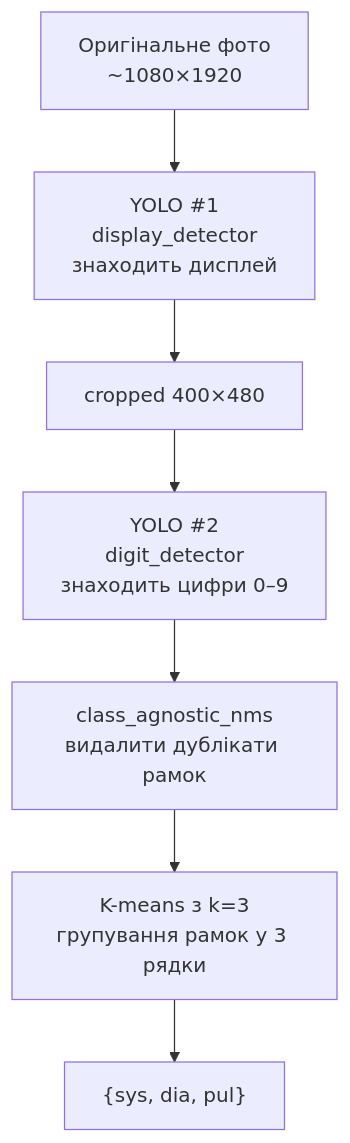
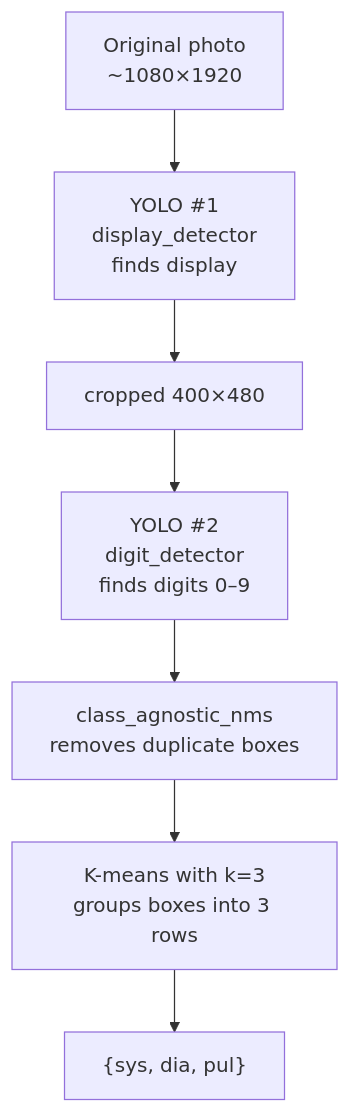
One commit to Alexsik76/bp-ocr-cnn changed the diagram in README.md. Above: the diagram before and after it, drawn with Mermaid. The commit also changed other lines of this file and 1 other file, not shown here.

````diff
--- a/README.md
+++ b/README.md
@@ -19,9 +19,9 @@
 ```mermaid
 flowchart TD
-    A[Оригінальне фото<br/>~1080×1920] --> B[YOLO #1<br/>display_detector<br/>знаходить дисплей]
+    A[Original photo<br/>~1080×1920] --> B[YOLO #1<br/>display_detector<br/>finds display]
     B --> C[cropped 400×480]
-    C --> D[YOLO #2<br/>digit_detector<br/>знаходить цифри 0–9]
-    D --> E[class_agnostic_nms<br/>видалити дублікати рамок]
-    E --> F[K-means з k=3<br/>групування рамок у 3 рядки]
+    C --> D[YOLO #2<br/>digit_detector<br/>finds digits 0–9]
+    D --> E[class_agnostic_nms<br/>removes duplicate boxes]
+    E --> F[K-means with k=3<br/>groups boxes into 3 rows]
     F --> G["{sys, dia, pul}"]
 ```
````
